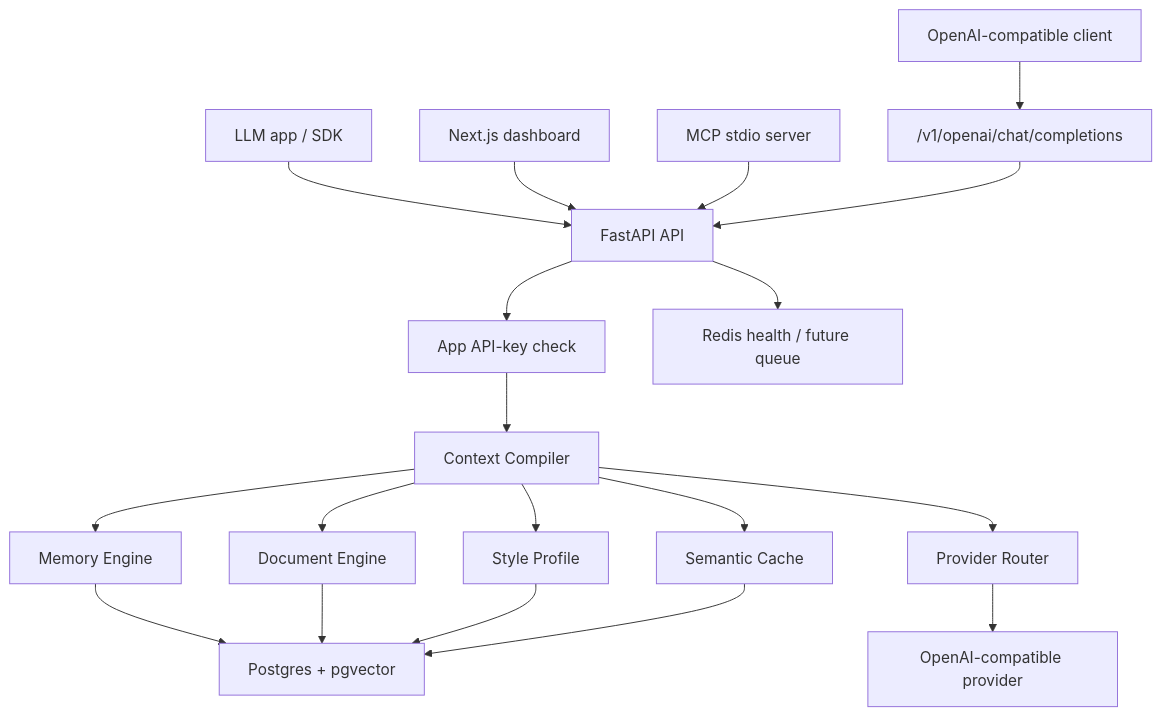
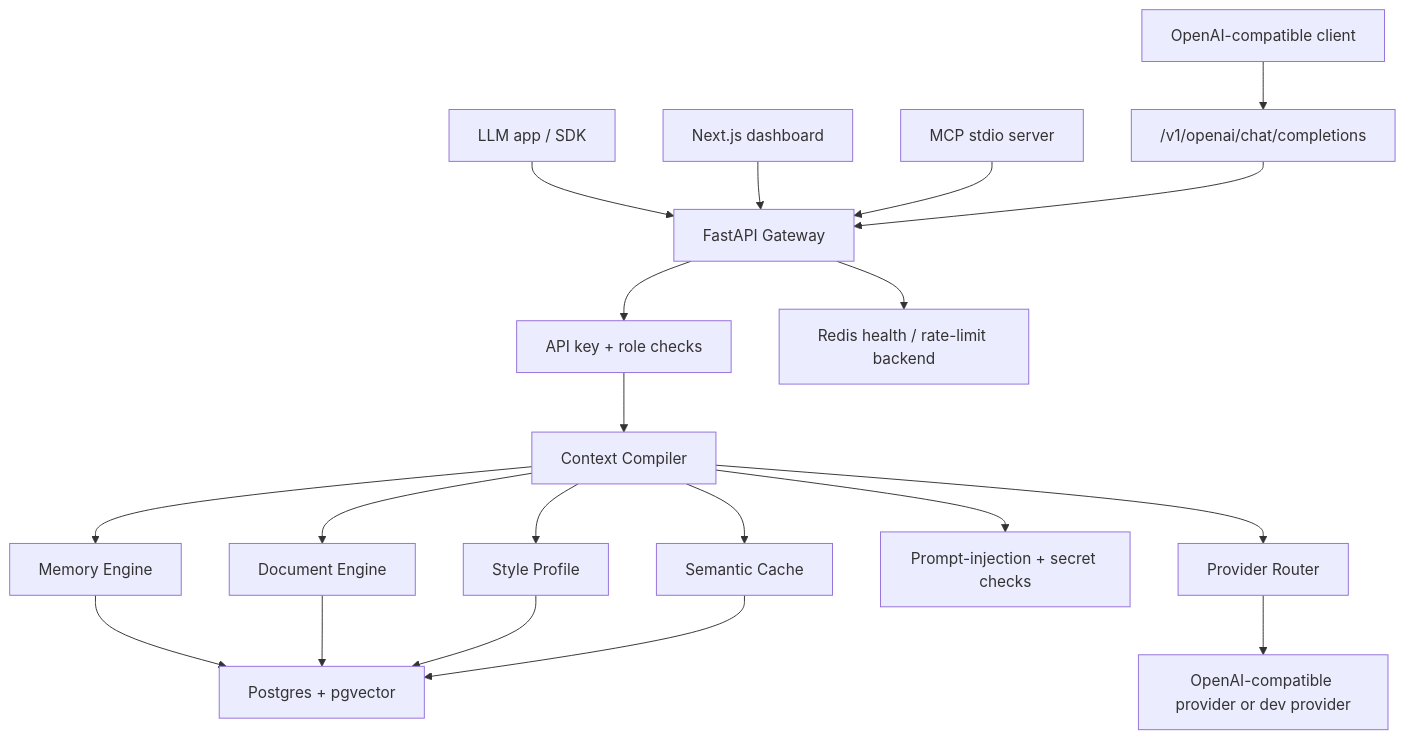
One commit to MITPOAI/N0Tune changed the first of 2 diagrams in docs/architecture.md. Above: the diagram before and after it, drawn with Mermaid. The commit also changed other lines of this file and 40 other files, not shown here.

````diff
--- a/docs/architecture.md
+++ b/docs/architecture.md
@@ -20,21 +34,22 @@
 ```mermaid
 flowchart TD
-    Client["LLM app / SDK"] --> API["FastAPI API"]
+    Client["LLM app / SDK"] --> API["FastAPI Gateway"]
     OpenAI["OpenAI-compatible client"] --> Proxy["/v1/openai/chat/completions"]
     Dashboard["Next.js dashboard"] --> API
     MCP["MCP stdio server"] --> API
     Proxy --> API
-    API --> Auth["App API-key check"]
+    API --> Auth["API key + role checks"]
     Auth --> Compiler["Context Compiler"]
     Compiler --> Memory["Memory Engine"]
     Compiler --> RAG["Document Engine"]
     Compiler --> Style["Style Profile"]
     Compiler --> Cache["Semantic Cache"]
+    Compiler --> Security["Prompt-injection + secret checks"]
     Compiler --> Provider["Provider Router"]
     Memory --> Postgres["Postgres + pgvector"]
     RAG --> Postgres
     Style --> Postgres
     Cache --> Postgres
-    API --> Redis["Redis health / future queue"]
-    Provider --> External["OpenAI-compatible provider"]
+    API --> Redis["Redis health / rate-limit backend"]
+    Provider --> External["OpenAI-compatible provider or dev provider"]
 ```
````
